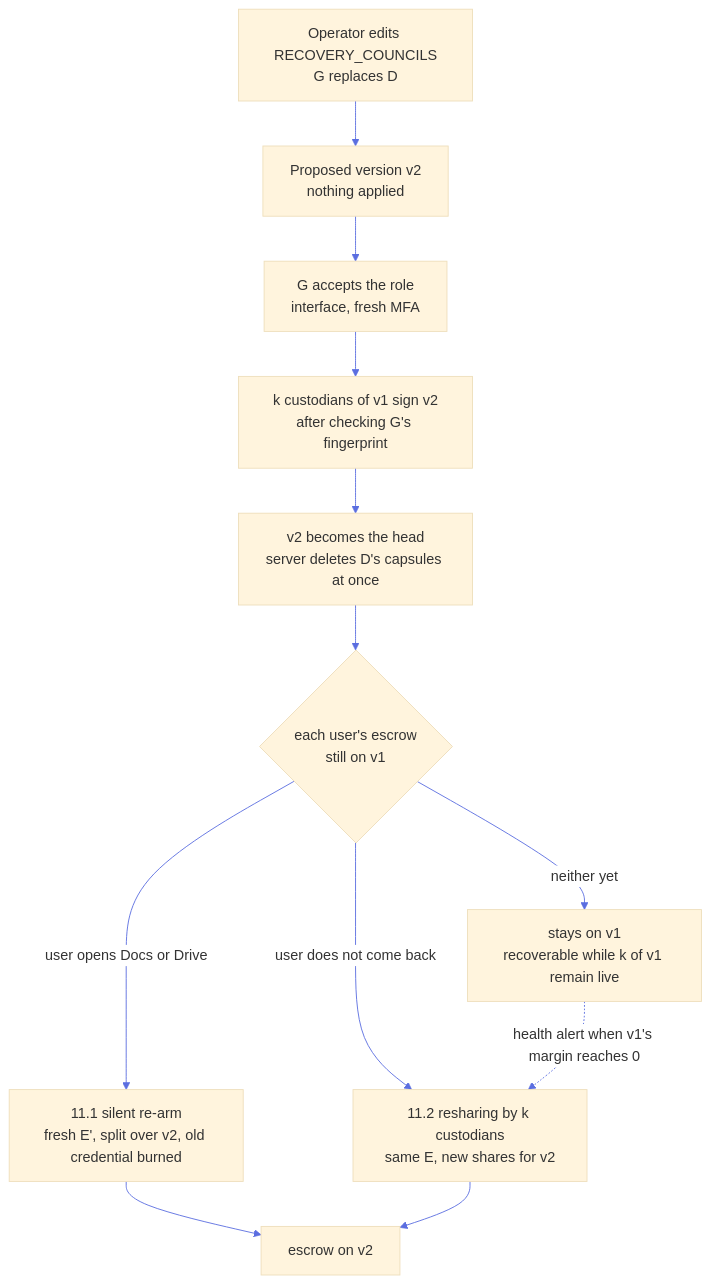
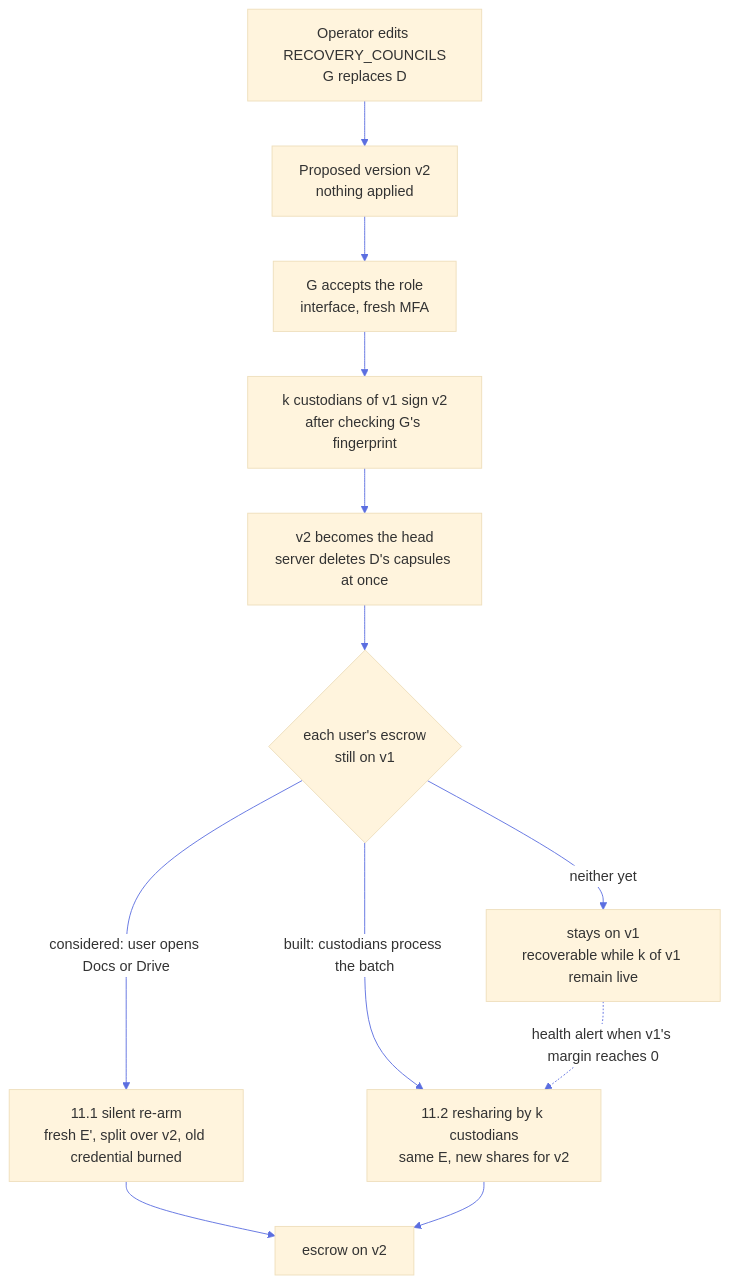
Before and after one commit to suitenumerique/encryption: diagram 16 of 22 in shamir.md, drawn with Mermaid. The commit also changed other lines of this file and 91 other files, not shown here.

````diff
--- a/shamir.md
+++ b/shamir.md
@@ -573,15 +632,15 @@
 ```mermaid
 %%{init: {'theme':'base','look':'classic','themeVariables':{'lineColor':'#5b6ee0','edgeLabelBackground':'#ffffff','clusterBkg':'#f5f7ff','clusterBorder':'#9aa7e8','titleColor':'#1a1a2e'},'themeCSS':'.edgeLabel p{background-color:#ffffff;color:#444;font-style:italic;border:1px solid #b5b5b5;padding:2px 8px;border-radius:10px;margin:0;} .edgeLabel .labelBkg{background:transparent;}'}}%%
 flowchart TD
   CFG[Operator edits RECOVERY_COUNCILS<br/>G replaces D] --> PEND[Proposed version v2<br/>nothing applied]
   PEND --> ACC[G accepts the role<br/>interface, fresh MFA]
   ACC --> SIG[k custodians of v1 sign v2<br/>after checking G's fingerprint]
   SIG --> HEAD[v2 becomes the head<br/>server deletes D's capsules at once]
   HEAD --> ESC{each user's escrow<br/>still on v1}
-  ESC -->|user opens Docs or Drive| REARM[11.1 silent re-arm<br/>fresh E', split over v2, old credential burned]
-  ESC -->|user does not come back| RESH[11.2 resharing by k custodians<br/>same E, new shares for v2]
+  ESC -->|considered: user opens Docs or Drive| REARM[11.1 silent re-arm<br/>fresh E', split over v2, old credential burned]
+  ESC -->|built: custodians process the batch| RESH[11.2 resharing by k custodians<br/>same E, new shares for v2]
   ESC -->|neither yet| WAIT[stays on v1<br/>recoverable while k of v1 remain live]
   WAIT -.->|health alert when v1's margin reaches 0| RESH
   REARM --> DONE[escrow on v2]
   RESH --> DONE
 ```
````
